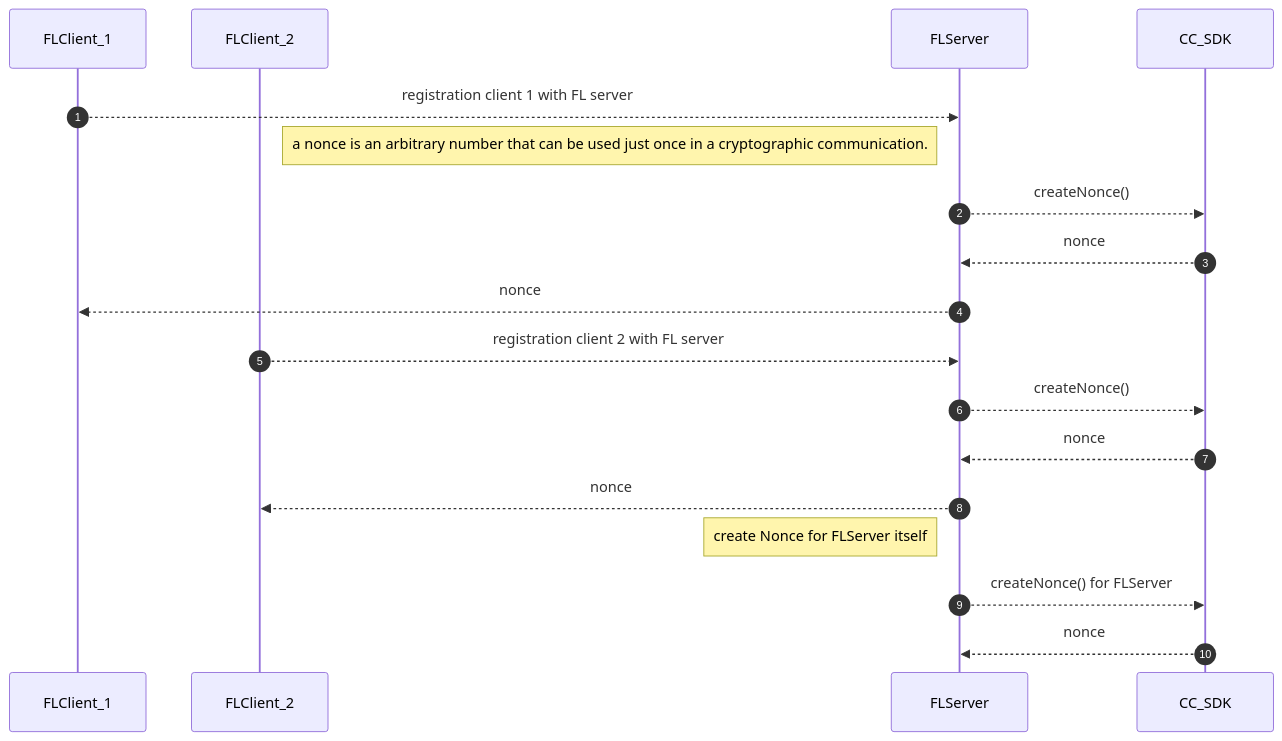
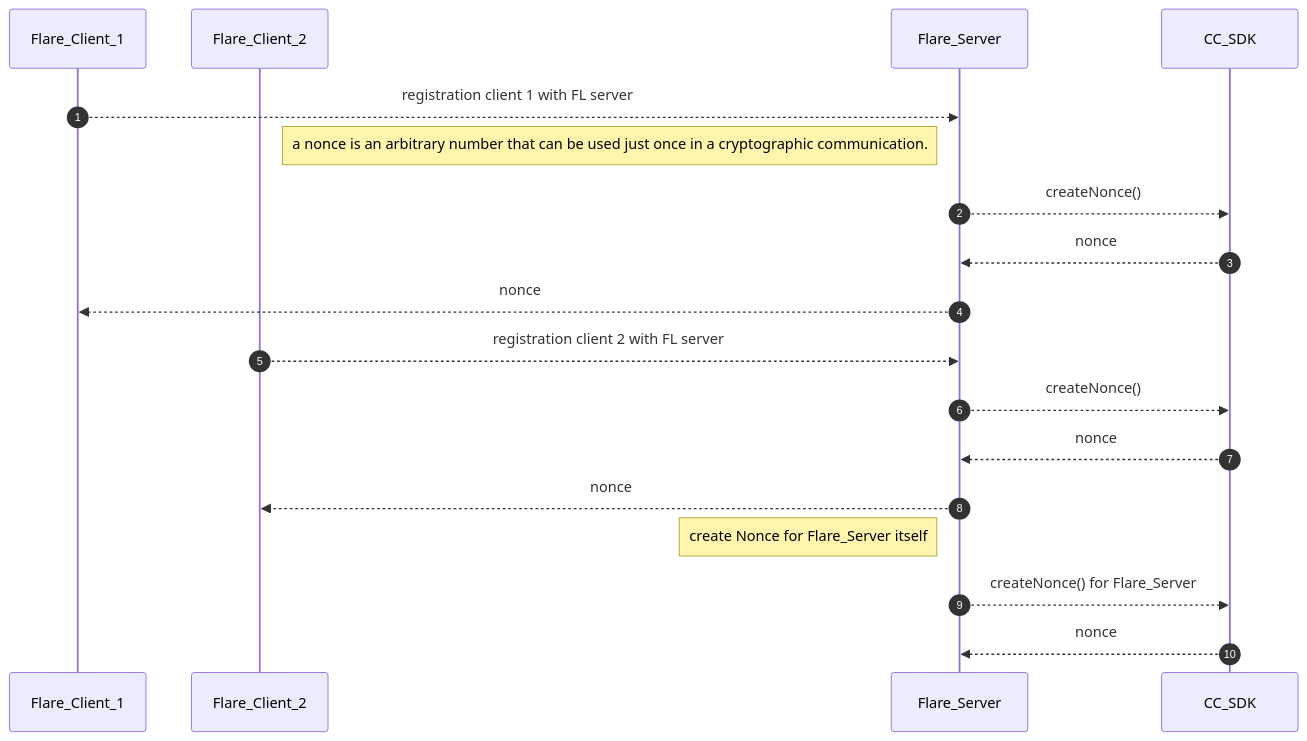
The fourth of 5 diagrams in docs/confidential_computing/detailed_cc_sequence_diagram.md (hitesh-ag1/NVFlare), drawn with Mermaid before and after one commit. The commit also changed other lines of this file, not shown here.

Commit message:
Sequence diagram for CC

````diff
--- a/docs/confidential_computing/detailed_cc_sequence_diagram.md
+++ b/docs/confidential_computing/detailed_cc_sequence_diagram.md
@@ -86,24 +86,24 @@
 ```mermaid
 sequenceDiagram
    autonumber
-    participant FLClient_1
-    participant FLClient_2
-    participant FLServer
+    participant Flare_Client_1
+    participant Flare_Client_2
+    participant Flare_Server
     participant CC_SDK
  
-    FLClient_1 -->> FLServer: registration client 1 with FL server
-    Note left of FLServer: a nonce is an arbitrary number that can be used just once in a cryptographic communication.
-    FLServer -->> CC_SDK : createNonce() 
-    CC_SDK -->> FLServer : nonce
-    FLServer -->> FLClient_1 : nonce
+    Flare_Client_1 -->> Flare_Server: registration client 1 with FL server
+    Note left of Flare_Server: a nonce is an arbitrary number that can be used just once in a cryptographic communication.
+    Flare_Server -->> CC_SDK : createNonce() 
+    CC_SDK -->> Flare_Server : nonce
+    Flare_Server -->> Flare_Client_1 : nonce
     
-    FLClient_2 -->> FLServer: registration client 2 with FL server
-    FLServer -->> CC_SDK : createNonce() 
-    CC_SDK -->> FLServer : nonce
-    FLServer -->> FLClient_2 : nonce
+    Flare_Client_2 -->> Flare_Server: registration client 2 with FL server
+    Flare_Server -->> CC_SDK : createNonce() 
+    CC_SDK -->> Flare_Server : nonce
+    Flare_Server -->> Flare_Client_2 : nonce
     
-    Note left of FLServer: create Nonce for FLServer itself
-    FLServer -->> CC_SDK : createNonce() for FLServer 
-    CC_SDK -->> FLServer : nonce
+    Note left of Flare_Server: create Nonce for Flare_Server itself
+    Flare_Server -->> CC_SDK : createNonce() for Flare_Server 
+    CC_SDK -->> Flare_Server : nonce
        
 ```
````
